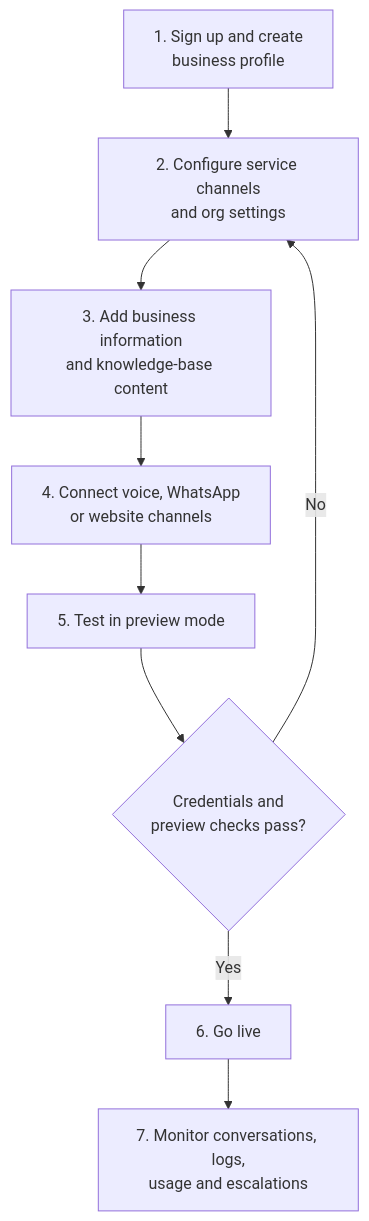
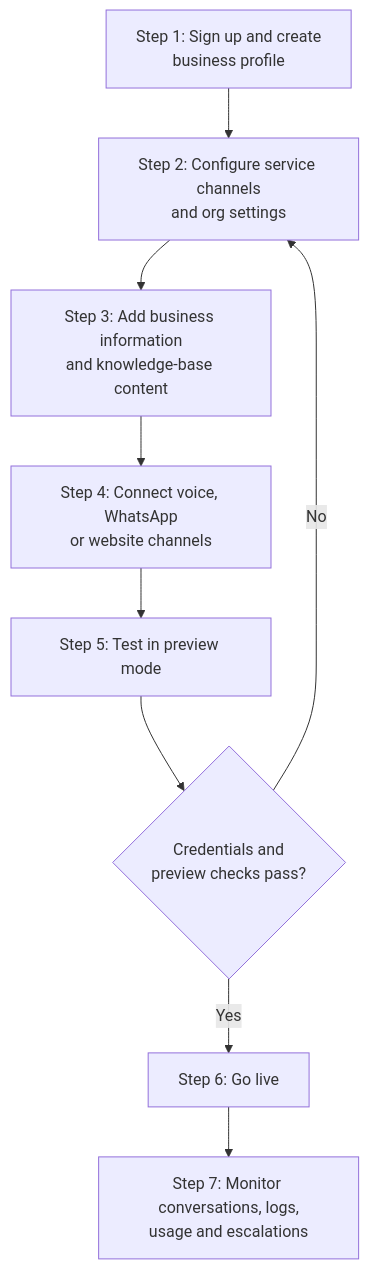
One commit to DhairyaDxt/Aivora changed the ninth of 10 diagrams in README.md. Above: the diagram before and after it, drawn with Mermaid. The commit also changed other lines of this file, not shown here.

````diff
--- a/README.md
+++ b/README.md
@@ -443,11 +446,11 @@
 ```mermaid
 flowchart TD
-  A["1. Sign up and create<br/>business profile"] --> B["2. Configure service channels<br/>and org settings"]
-  B --> C["3. Add business information<br/>and knowledge-base content"]
-  C --> D["4. Connect voice, WhatsApp<br/>or website channels"]
-  D --> E["5. Test in preview mode"]
+  A["Step 1: Sign up and create<br/>business profile"] --> B["Step 2: Configure service channels<br/>and org settings"]
+  B --> C["Step 3: Add business information<br/>and knowledge-base content"]
+  C --> D["Step 4: Connect voice, WhatsApp<br/>or website channels"]
+  D --> E["Step 5: Test in preview mode"]
   E --> F{"Credentials and<br/>preview checks pass?"}
   F -->|"No"| B
-  F -->|"Yes"| G["6. Go live"]
-  G --> H["7. Monitor conversations, logs,<br/>usage and escalations"]
+  F -->|"Yes"| G["Step 6: Go live"]
+  G --> H["Step 7: Monitor conversations, logs,<br/>usage and escalations"]
 ```
````
